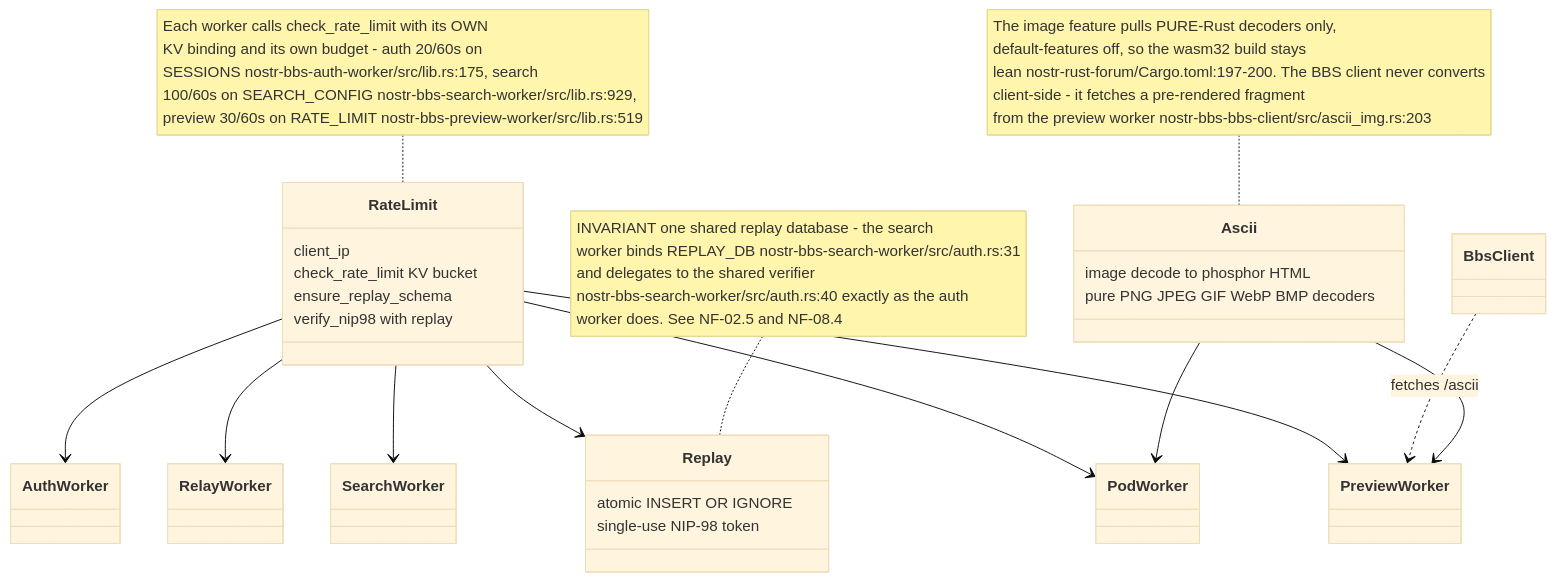
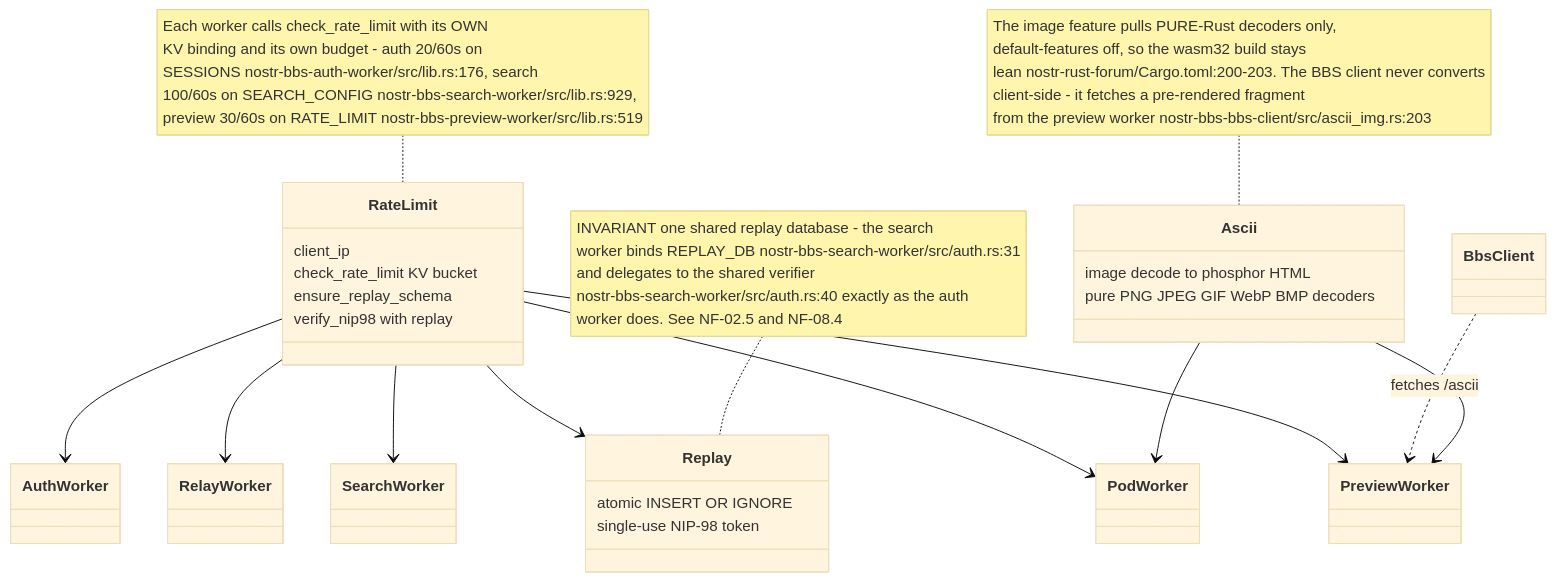
One commit to DreamLab-AI/VisionFlow changed the eighth of 9 diagrams in docs/diagrams/nostr-rust-forum/07-search-preview-and-shared-worker-utilities.md. Above: the diagram before and after it, drawn with Mermaid (base theme). The commit also changed other lines of this file and 1 other file, not shown here.

Commit message:
docs(diagrams): NF-07 re-stamped at af4f0d5; NF-08.7 names the search resolver

````diff
--- a/docs/diagrams/nostr-rust-forum/07-search-preview-and-shared-worker-utilities.md
+++ b/docs/diagrams/nostr-rust-forum/07-search-preview-and-shared-worker-utilities.md
@@ -209,30 +209,30 @@
 ```mermaid
 classDiagram
     class RateLimit {
         client_ip
         check_rate_limit KV bucket
         ensure_replay_schema
         verify_nip98 with replay
     }
     class Replay {
         atomic INSERT OR IGNORE
         single-use NIP-98 token
     }
     class Ascii {
         image decode to phosphor HTML
         pure PNG JPEG GIF WebP BMP decoders
     }
     RateLimit --> Replay
     Ascii --> PreviewWorker
     Ascii --> PodWorker
     BbsClient ..> PreviewWorker : fetches /ascii
     RateLimit --> AuthWorker
     RateLimit --> RelayWorker
     RateLimit --> PodWorker
     RateLimit --> SearchWorker
     RateLimit --> PreviewWorker
 
-    note for RateLimit "Each worker calls check_rate_limit with its OWN<br/>KV binding and its own budget - auth 20/60s on<br/>SESSIONS nostr-bbs-auth-worker/src/lib.rs:175, search<br/>100/60s on SEARCH_CONFIG nostr-bbs-search-worker/src/lib.rs:929,<br/>preview 30/60s on RATE_LIMIT nostr-bbs-preview-worker/src/lib.rs:519"
+    note for RateLimit "Each worker calls check_rate_limit with its OWN<br/>KV binding and its own budget - auth 20/60s on<br/>SESSIONS nostr-bbs-auth-worker/src/lib.rs:176, search<br/>100/60s on SEARCH_CONFIG nostr-bbs-search-worker/src/lib.rs:929,<br/>preview 30/60s on RATE_LIMIT nostr-bbs-preview-worker/src/lib.rs:519"
     note for Replay "INVARIANT one shared replay database - the search<br/>worker binds REPLAY_DB nostr-bbs-search-worker/src/auth.rs:31<br/>and delegates to the shared verifier<br/>nostr-bbs-search-worker/src/auth.rs:40 exactly as the auth<br/>worker does. See NF-02.5 and NF-08.4"
-    note for Ascii "The image feature pulls PURE-Rust decoders only,<br/>default-features off, so the wasm32 build stays<br/>lean nostr-rust-forum/Cargo.toml:197-200. The BBS client never converts<br/>client-side - it fetches a pre-rendered fragment<br/>from the preview worker nostr-bbs-bbs-client/src/ascii_img.rs:203"
+    note for Ascii "The image feature pulls PURE-Rust decoders only,<br/>default-features off, so the wasm32 build stays<br/>lean nostr-rust-forum/Cargo.toml:200-203. The BBS client never converts<br/>client-side - it fetches a pre-rendered fragment<br/>from the preview worker nostr-bbs-bbs-client/src/ascii_img.rs:203"
 ```
````
